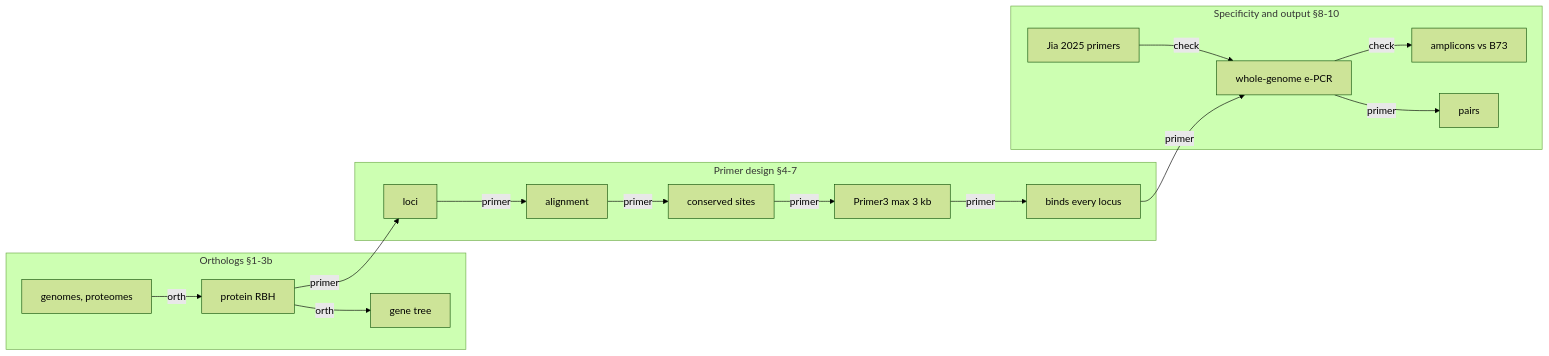
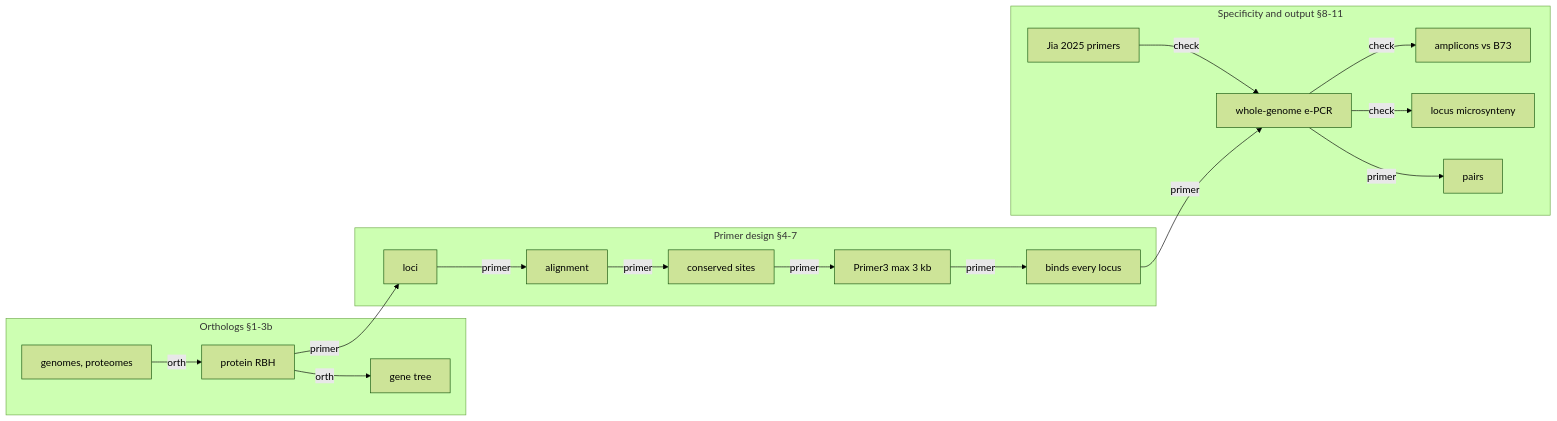
The diagram in docs/pipeline.mmd (sawers-rellan-labs/geneprom), drawn with Mermaid (forest theme) before and after one commit. The commit also changed 2 other files, not shown here.

Commit message:
Locus microsynteny: station in the overview map (box 3) and new title of section 11

```diff
--- a/docs/pipeline.mmd
+++ b/docs/pipeline.mmd
@@ -1,52 +1,54 @@
 %%metro mode: light
 %%metro font_scale: 1.3
 %%metro file: inputs | FASTA
 %%metro file: pairs | TSV
 %%metro line: orth | Orthologs | #1F6FB4
 %%metro line: primer | Primer design | #B4451F
 %%metro line: check | Checks | #7F7F7F | dashed
 %%metro legend: bl
 %%metro grid: orthologs | 0,0
 %%metro grid: design | 0,1
 %%metro grid: output | 0,2
 
 graph LR
     subgraph orthologs [Orthologs §1-3b]
         %%metro exit: right | primer
         inputs[genomes, proteomes]
         rbh[protein RBH]
         tree[gene tree]
 
         inputs -->|orth| rbh
         rbh -->|orth| tree
     end
 
     subgraph design [Primer design §4-7]
         %%metro entry: left | primer
         %%metro exit: right | primer
         loci[loci]
         aln[alignment]
         sites[conserved sites]
         p3[Primer3 max 3 kb]
         bind[binds every locus]
 
         loci -->|primer| aln
         aln -->|primer| sites
         sites -->|primer| p3
         p3 -->|primer| bind
     end
 
-    subgraph output [Specificity and output §8-10]
+    subgraph output [Specificity and output §8-11]
         %%metro entry: left | primer
         jia[Jia 2025 primers]
         epcr[whole-genome e-PCR]
         amp[amplicons vs B73]
+        synt[locus microsynteny]
         pairs[pairs]
 
         jia -->|check| epcr
         epcr -->|primer| pairs
         epcr -->|check| amp
+        epcr -->|check| synt
     end
 
     rbh -->|primer| loci
     bind -->|primer| epcr
```
